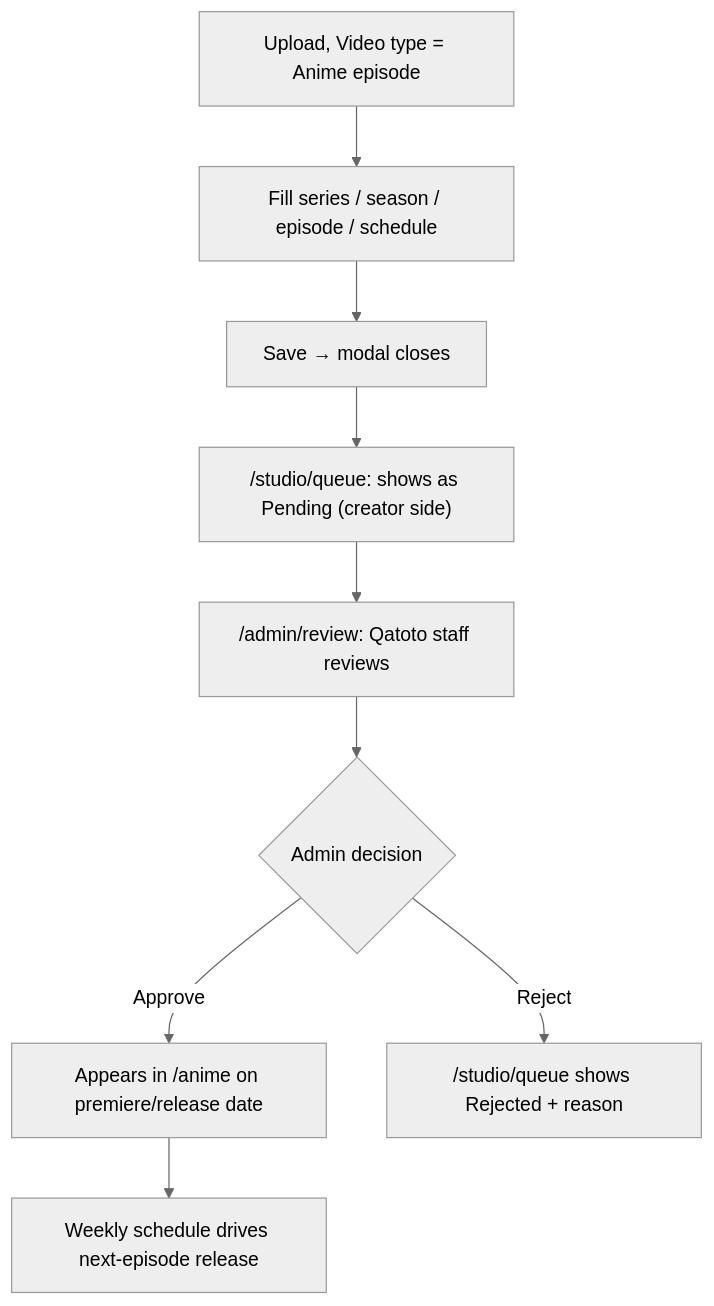
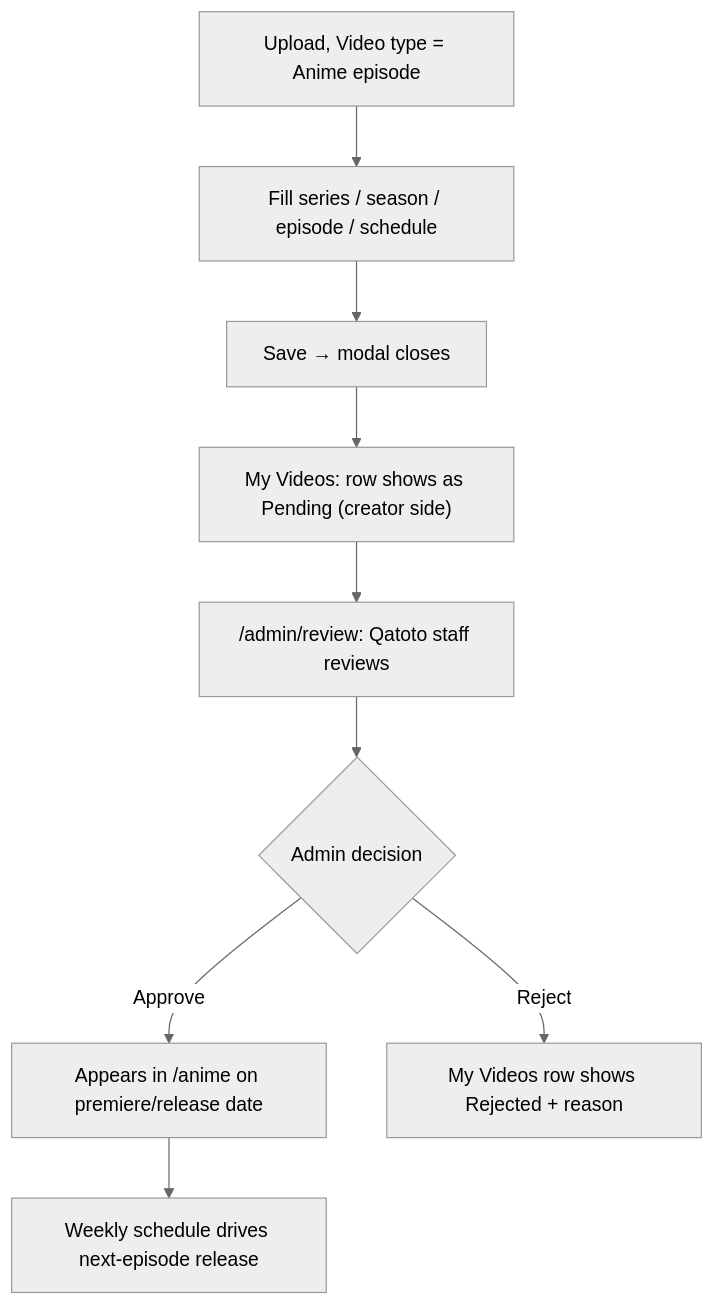
One commit to vidyesh95/qatoto-frontend changed the fourth of 9 diagrams in UPLOAD_VIDEO_STRUCTURE.md. Above: the diagram before and after it, drawn with Mermaid (neutral theme). The commit also changed other lines of this file and 2 other files, not shown here.

````diff
--- a/UPLOAD_VIDEO_STRUCTURE.md
+++ b/UPLOAD_VIDEO_STRUCTURE.md
@@ -180,11 +195,11 @@
 ```mermaid
 flowchart TD
     A["Upload, Video type = Anime episode"] --> B[Fill series / season / episode / schedule]
     B --> C[Save → modal closes]
-    C --> D["/studio/queue: shows as Pending (creator side)"]
+    C --> D["My Videos: row shows as Pending (creator side)"]
     D --> E["/admin/review: Qatoto staff reviews"]
     E --> F{Admin decision}
     F -->|Approve| G[Appears in /anime on premiere/release date]
-    F -->|Reject| H["/studio/queue shows Rejected + reason"]
+    F -->|Reject| H["My Videos row shows Rejected + reason"]
     G --> I[Weekly schedule drives next-episode release]
 ```
````
